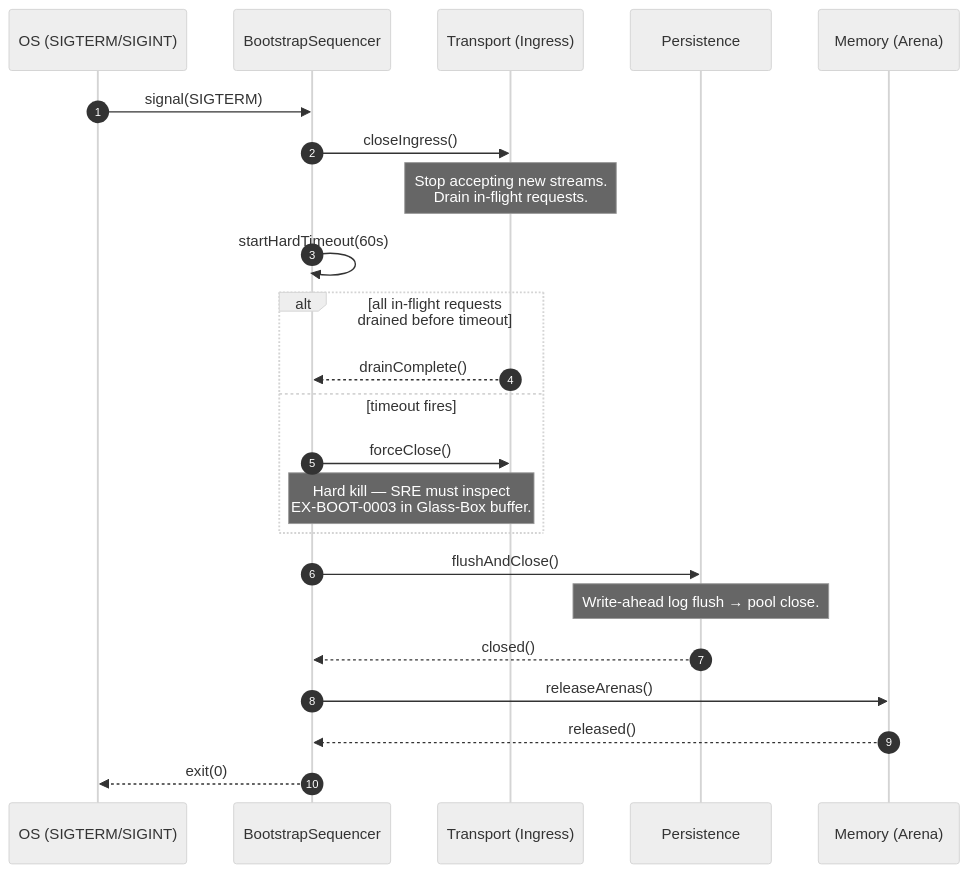
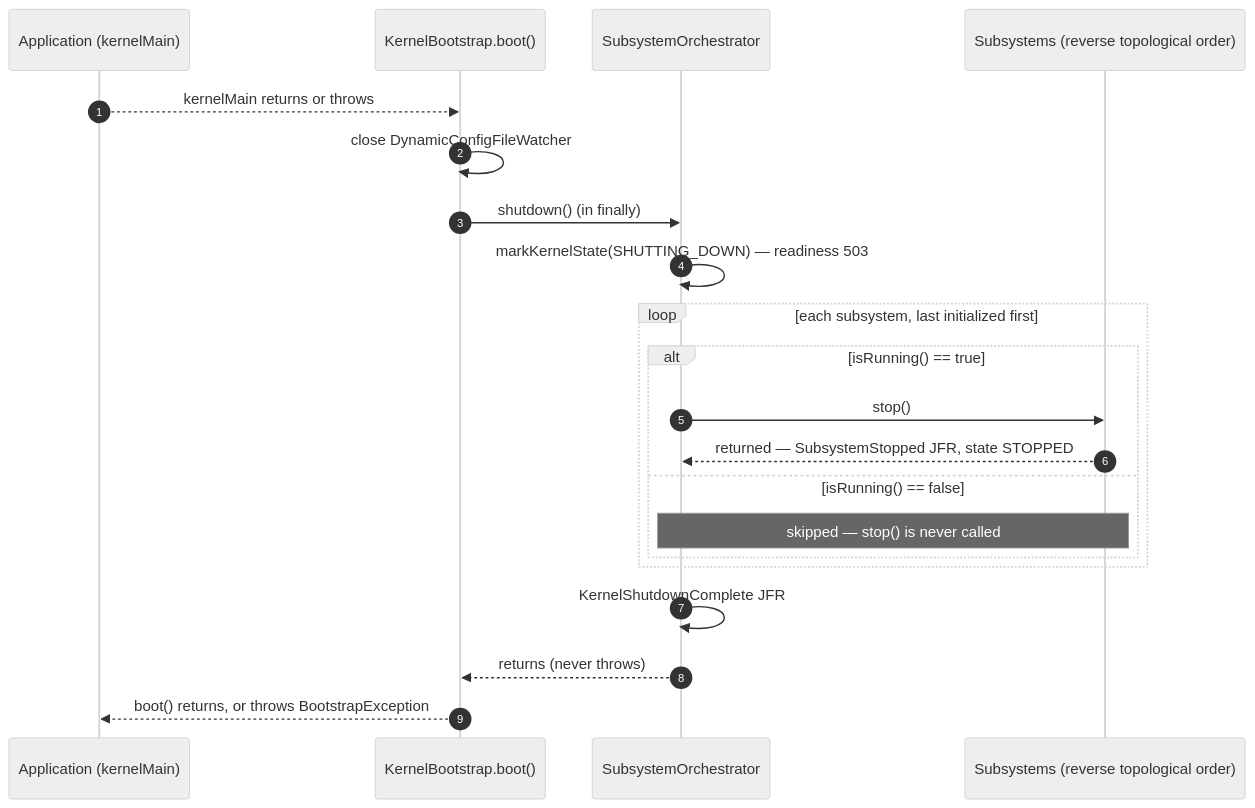
Before and after one commit to exeris-systems/exeris-kernel: the third of 4 diagrams in docs/subsystems/bootstrap.md, drawn with Mermaid (neutral theme). The commit also changed other lines of this file and 1973 other files, not shown here.

````diff
--- a/docs/subsystems/bootstrap.md
+++ b/docs/subsystems/bootstrap.md
@@ -145,31 +184,24 @@
 ```mermaid
 sequenceDiagram
     autonumber
-    participant OS  as OS (SIGTERM/SIGINT)
-    participant BTS as BootstrapSequencer
-    participant TRP as Transport (Ingress)
-    participant PER as Persistence
-    participant MEM as Memory (Arena)
+    participant APP as Application (kernelMain)
+    participant KB  as KernelBootstrap.boot()
+    participant ORC as SubsystemOrchestrator
+    participant SUB as Subsystems (reverse topological order)
 
-    OS->>BTS: signal(SIGTERM)
-    BTS->>TRP: closeIngress()
-    Note over TRP: Stop accepting new streams.<br/>Drain in-flight requests.
-
-    BTS->>BTS: startHardTimeout(60s)
-
-    alt all in-flight requests drained before timeout
-        TRP-->>BTS: drainComplete()
-    else timeout fires
-        BTS->>TRP: forceClose()
-        Note over BTS,TRP: Hard kill — SRE must inspect<br/>EX-BOOT-0003 in Glass-Box buffer.
+    APP-->>KB: kernelMain returns or throws
+    KB->>KB: close DynamicConfigFileWatcher
+    KB->>ORC: shutdown()  (in finally)
+    ORC->>ORC: markKernelState(SHUTTING_DOWN) — readiness 503
+    loop each subsystem, last initialized first
+        alt isRunning() == true
+            ORC->>SUB: stop()
+            SUB-->>ORC: returned — SubsystemStopped JFR, state STOPPED
+        else isRunning() == false
+            Note over ORC,SUB: skipped — stop() is never called
+        end
     end
-
-    BTS->>PER: flushAndClose()
-    Note over PER: Write-ahead log flush → pool close.
-    PER-->>BTS: closed()
-
-    BTS->>MEM: releaseArenas()
-    MEM-->>BTS: released()
-
-    BTS-->>OS: exit(0)
+    ORC->>ORC: KernelShutdownComplete JFR
+    ORC-->>KB: returns (never throws)
+    KB-->>APP: boot() returns, or throws BootstrapException
 ```
````
